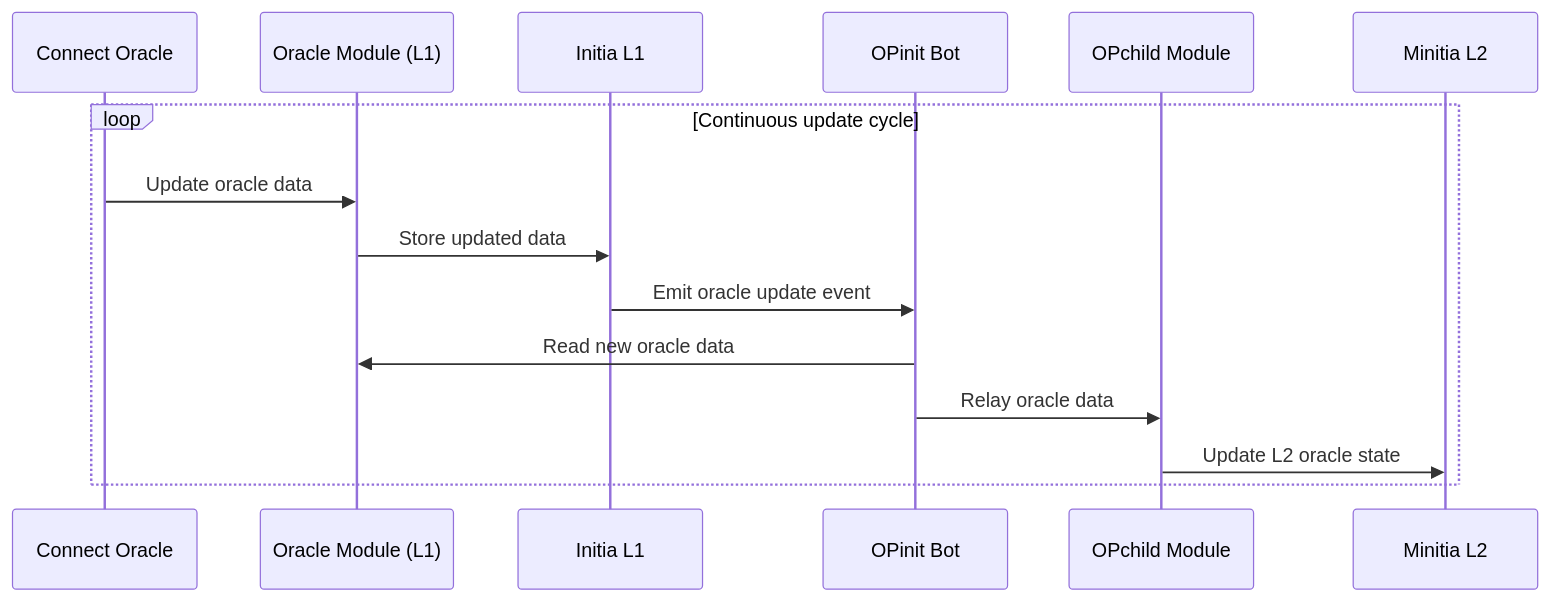
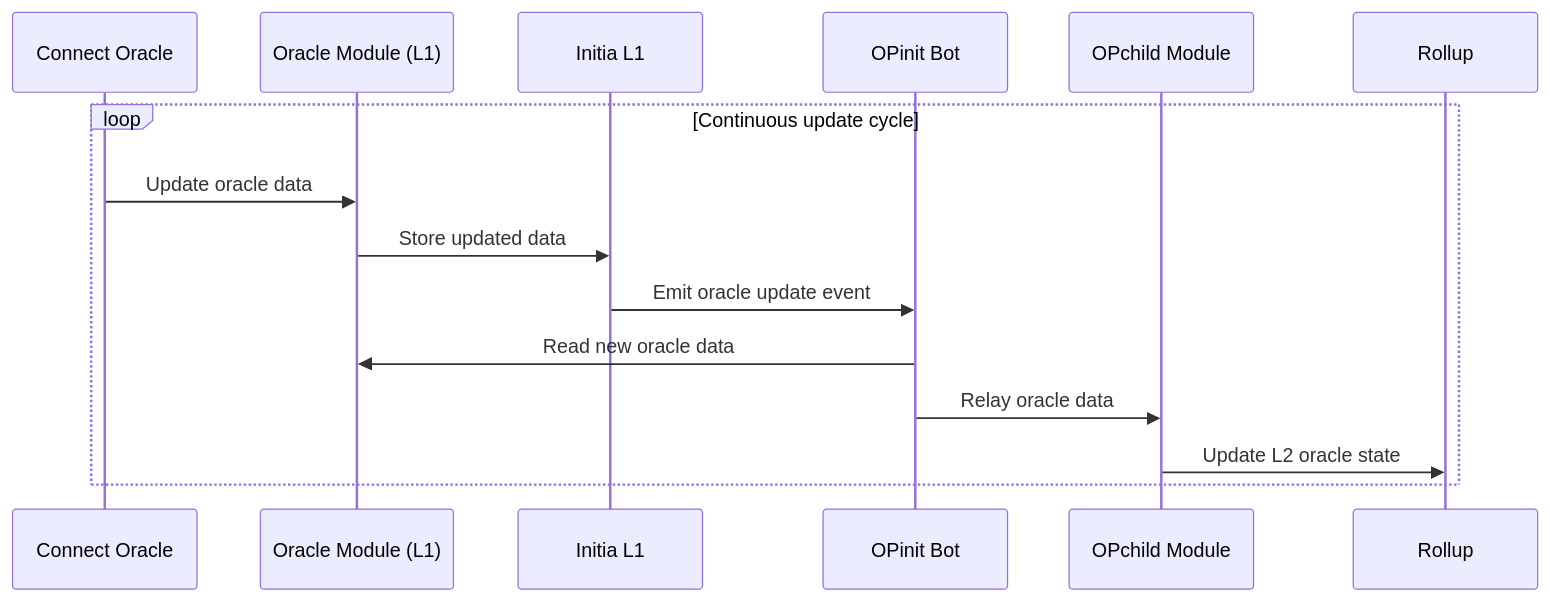
Before and after one commit to initia-labs/docs: the diagram in home/technical-architecture/opinit-framework/action-flows/oracle-data-relay.mdx, drawn with Mermaid. The commit also changed 72 other files, not shown here.

````diff
--- a/home/technical-architecture/opinit-framework/action-flows/oracle-data-relay.mdx
+++ b/home/technical-architecture/opinit-framework/action-flows/oracle-data-relay.mdx
@@ -5,18 +5,18 @@
 ```mermaid
 sequenceDiagram
     participant SO as Connect Oracle
     participant ORM as Oracle Module (L1)
     participant IL1 as Initia L1
     participant OPB as OPinit Bot
     participant OPC as OPchild Module
-    participant ML2 as Minitia L2
+    participant R as Rollup
 
     loop Continuous update cycle
         SO->>ORM: Update oracle data
         ORM->>IL1: Store updated data
         IL1->>OPB: Emit oracle update event
         OPB->>ORM: Read new oracle data
         OPB->>OPC: Relay oracle data
-        OPC->>ML2: Update L2 oracle state
+        OPC->>R: Update L2 oracle state
     end
 ```
````
